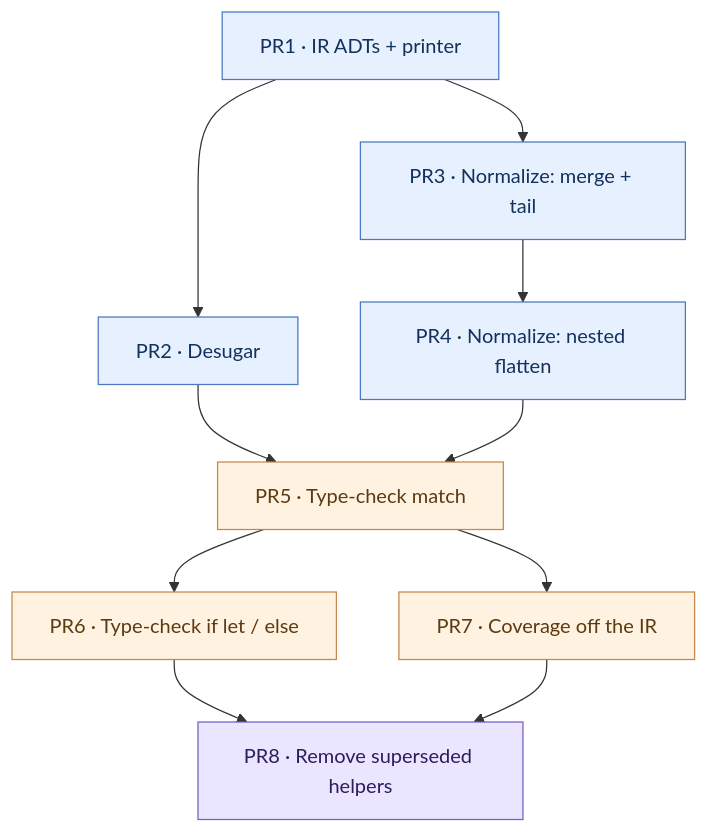
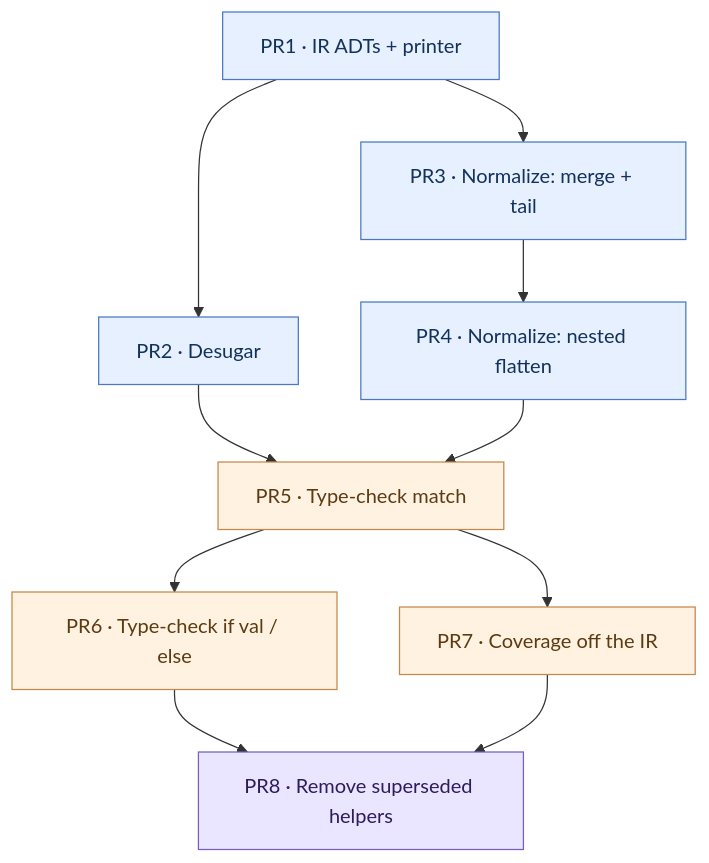
The diagram in planning/ucs/implementation_plan.md (escalier-lang/escalier), drawn with Mermaid before and after one commit. The commit also changed other lines of this file, not shown here.

First line of the commit message:
Use `if val` for Escalier surface syntax in the UCS plan

````diff
--- a/planning/ucs/implementation_plan.md
+++ b/planning/ucs/implementation_plan.md
@@ -376,28 +376,28 @@
 ```mermaid
 graph TD
     PR1["PR1 · IR ADTs + printer"]
     PR2["PR2 · Desugar"]
     PR3["PR3 · Normalize: merge + tail"]
     PR4["PR4 · Normalize: nested flatten"]
     PR5["PR5 · Type-check match"]
-    PR6["PR6 · Type-check if let / else"]
+    PR6["PR6 · Type-check if val / else"]
     PR7["PR7 · Coverage off the IR"]
     PR8["PR8 · Remove superseded helpers"]
 
     PR1 --> PR2
     PR1 --> PR3
     PR3 --> PR4
     PR2 --> PR5
     PR4 --> PR5
     PR5 --> PR6
     PR5 --> PR7
     PR6 --> PR8
     PR7 --> PR8
 
     classDef pure fill:#e6f0ff,stroke:#4a78c2,color:#12325c;
     classDef behavior fill:#fff2e0,stroke:#c2894a,color:#5c3a12;
     classDef cleanup fill:#eae6ff,stroke:#7a5cc2,color:#2f1c5c;
     class PR1,PR2,PR3,PR4 pure;
     class PR5,PR6,PR7 behavior;
     class PR8 cleanup;
 ```
````
